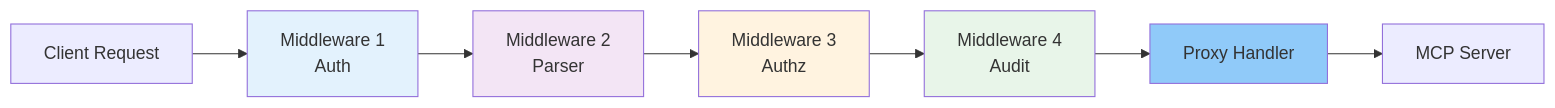
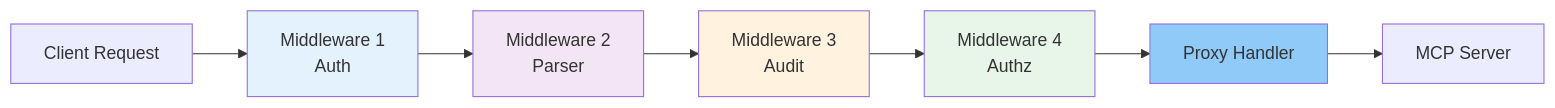
Before and after one commit to stacklok/toolhive: the fourth of 5 diagrams in docs/arch/03-transport-architecture.md, drawn with Mermaid. The commit also changed other lines of this file and 7 other files, not shown here.

````diff
--- a/docs/arch/03-transport-architecture.md
+++ b/docs/arch/03-transport-architecture.md
@@ -212,15 +212,15 @@
 ```mermaid
 graph LR
     Client[Client Request] --> MW1[Middleware 1<br/>Auth]
     MW1 --> MW2[Middleware 2<br/>Parser]
-    MW2 --> MW3[Middleware 3<br/>Authz]
-    MW3 --> MW4[Middleware 4<br/>Audit]
+    MW2 --> MW3[Middleware 3<br/>Audit]
+    MW3 --> MW4[Middleware 4<br/>Authz]
     MW4 --> Proxy[Proxy Handler]
     Proxy --> Container[MCP Server]
 
     style MW1 fill:#e3f2fd
     style MW2 fill:#f3e5f5
     style MW3 fill:#fff3e0
     style MW4 fill:#e8f5e9
     style Proxy fill:#90caf9
 ```
````
